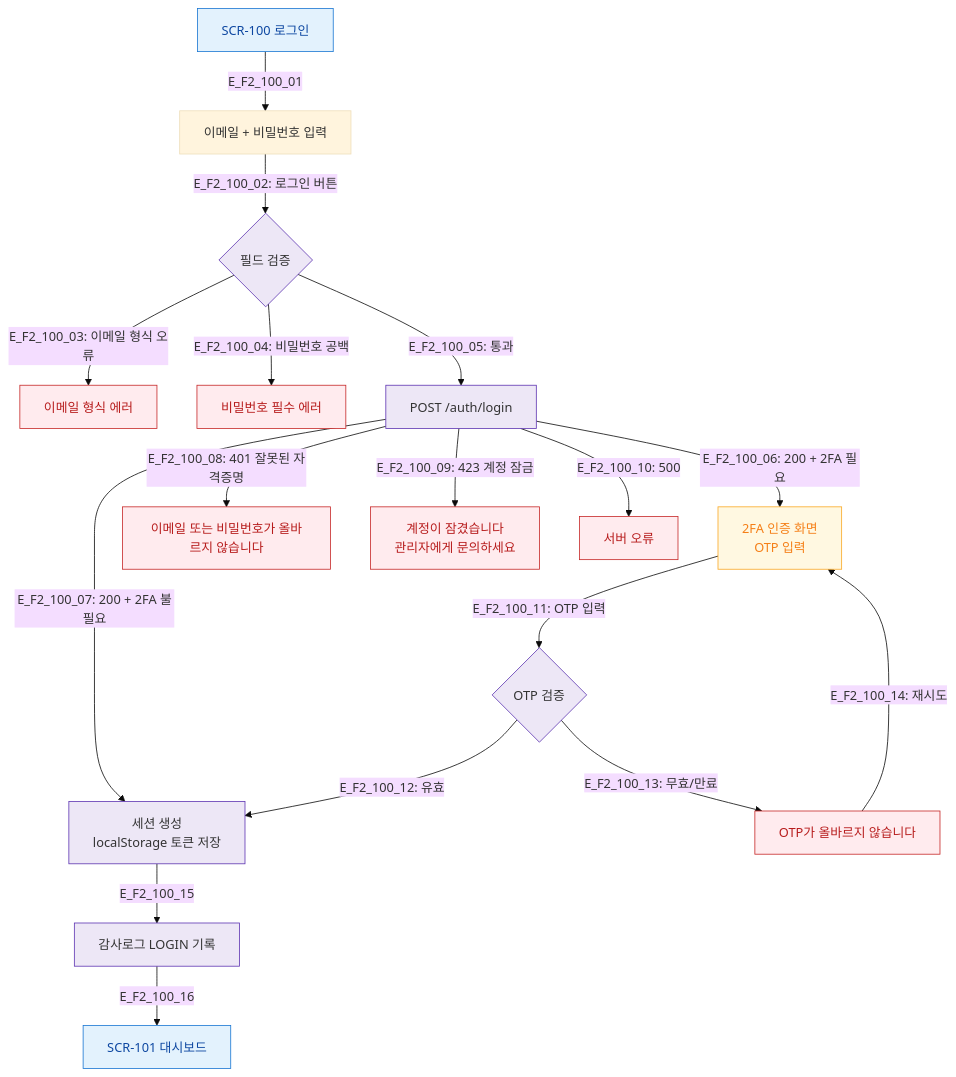
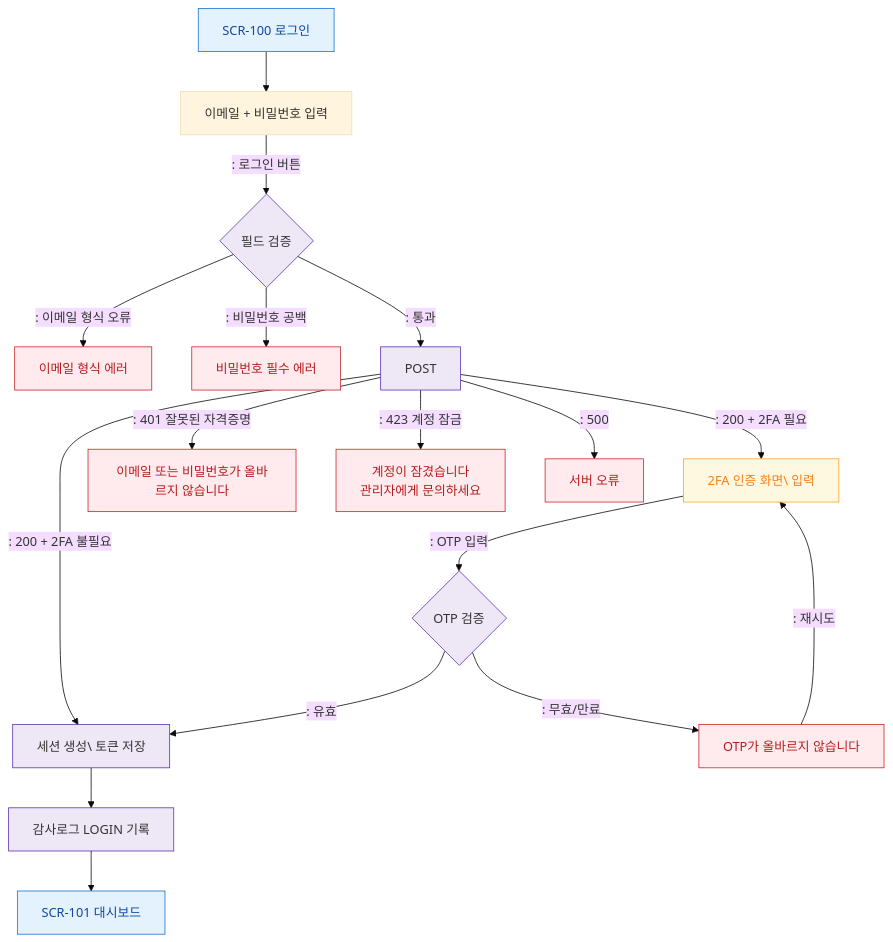
One commit to dev-spogym/admin-pando changed the diagram in docs/다이어그램/D01_공통/SCR-100_로그인/F2_메인.md. Above: the diagram before and after it, drawn with Mermaid (base theme). The commit also changed other lines of this file and 1660 other files, not shown here.

First line of the commit message:
다이어그램: 기획자/클라이언트 납품본으로 정리

````diff
--- a/docs/다이어그램/D01_공통/SCR-100_로그인/F2_메인.md
+++ b/docs/다이어그램/D01_공통/SCR-100_로그인/F2_메인.md
@@ -19,33 +17,33 @@
 ```mermaid
 flowchart TD
-    SCR_100[SCR-100 로그인] -->|E_F2_100_01| INPUT[이메일 + 비밀번호 입력]
-    INPUT -->|"E_F2_100_02: 로그인 버튼"| VALID{필드 검증}
+    SCR_100[SCR-100 로그인] --> INPUT[이메일 + 비밀번호 입력]
+    INPUT -->|": 로그인 버튼"|VALID{필드 검증}
 
-    VALID -->|"E_F2_100_03: 이메일 형식 오류"| ERR_EMAIL[이메일 형식 에러]
-    VALID -->|"E_F2_100_04: 비밀번호 공백"| ERR_PW[비밀번호 필수 에러]
-    VALID -->|"E_F2_100_05: 통과"| API[POST /auth/login]
+    VALID -->|": 이메일 형식 오류"|ERR_EMAIL[이메일 형식 에러]
+    VALID -->|": 비밀번호 공백"|ERR_PW[비밀번호 필수 에러]
+    VALID -->|": 통과"|API[POST]
 
-    API -->|"E_F2_100_06: 200 + 2FA 필요"| TWO_FA[2FA 인증 화면\nOTP 입력]
-    API -->|"E_F2_100_07: 200 + 2FA 불필요"| SESSION[세션 생성\nlocalStorage 토큰 저장]
-    API -->|"E_F2_100_08: 401 잘못된 자격증명"| ERR_CRED[이메일 또는 비밀번호가 올바르지 않습니다]
-    API -->|"E_F2_100_09: 423 계정 잠금"| ERR_LOCK[계정이 잠겼습니다\n관리자에게 문의하세요]
-    API -->|"E_F2_100_10: 500"| ERR_500[서버 오류]
+    API -->|": 200 + 2FA 필요"|TWO_FA[2FA 인증 화면\ 입력]
+    API -->|": 200 + 2FA 불필요"|SESSION[세션 생성\ 토큰 저장]
+    API -->|": 401 잘못된 자격증명"|ERR_CRED[이메일 또는 비밀번호가 올바르지 않습니다]
+    API -->|": 423 계정 잠금"|ERR_LOCK[계정이 잠겼습니다\n관리자에게 문의하세요]
+    API -->|": 500"|ERR_500[서버 오류]
 
-    TWO_FA -->|"E_F2_100_11: OTP 입력"| OTP_VALID{OTP 검증}
-    OTP_VALID -->|"E_F2_100_12: 유효"| SESSION
-    OTP_VALID -->|"E_F2_100_13: 무효/만료"| ERR_OTP[OTP가 올바르지 않습니다]
-    ERR_OTP -->|"E_F2_100_14: 재시도"| TWO_FA
+    TWO_FA -->|": OTP 입력"|OTP_VALID{OTP 검증}
+    OTP_VALID -->|": 유효"|SESSION
+    OTP_VALID -->|": 무효/만료"|ERR_OTP[OTP가 올바르지 않습니다]
+    ERR_OTP -->|": 재시도"|TWO_FA
 
-    SESSION -->|E_F2_100_15| AUDIT[감사로그 LOGIN 기록]
-    AUDIT -->|E_F2_100_16| DASH[SCR-101 대시보드]
+    SESSION --> AUDIT[감사로그 LOGIN 기록]
+    AUDIT --> DASH[SCR-101 대시보드]
 
-    classDef screen       fill:#E3F2FD,stroke:#1976D2,color:#0D47A1
-    classDef system       fill:#EDE7F6,stroke:#5E35B2
-    classDef error        fill:#FFEBEE,stroke:#C62828,color:#B71C1C
-    classDef success      fill:#E8F5E9,stroke:#2E7D32,color:#1B5E20
-    classDef warning      fill:#FFF8E1,stroke:#F9A825,color:#F57F17
+    classDef screen fill:#E3F2FD,stroke:#1976D2,color:#0D47A1
+    classDef system fill:#EDE7F6,stroke:#5E35B2
+    classDef error fill:#FFEBEE,stroke:#C62828,color:#B71C1C
+    classDef success fill:#E8F5E9,stroke:#2E7D32,color:#1B5E20
+    classDef warning fill:#FFF8E1,stroke:#F9A825,color:#F57F17
     class SCR_100,DASH screen
     class VALID,API,OTP_VALID,SESSION,AUDIT system
     class ERR_EMAIL,ERR_PW,ERR_CRED,ERR_LOCK,ERR_500,ERR_OTP error
     class TWO_FA warning
 ```
````
